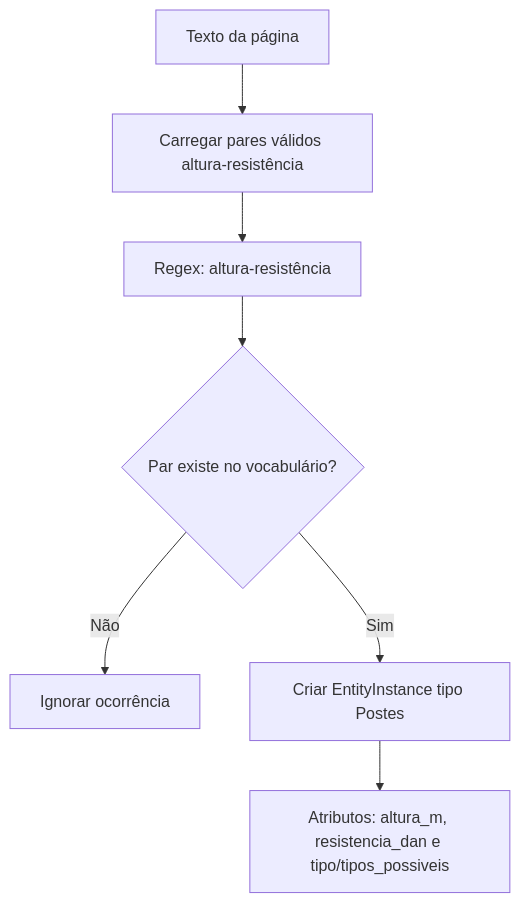
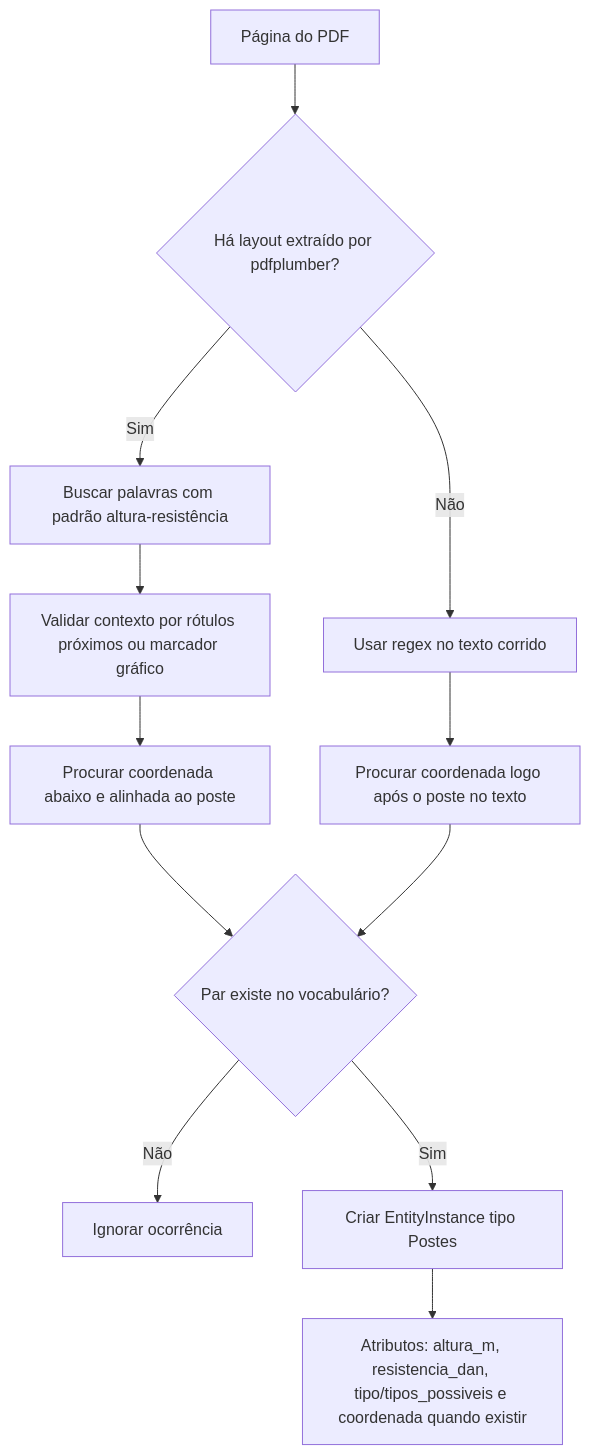
One commit to caiocdias/ProjectHandler changed the second of 3 diagrams in docs/fluxograma-analise-pdf.md. Above: the diagram before and after it, drawn with Mermaid. The commit also changed other lines of this file and 5 other files, not shown here.

````diff
--- a/docs/fluxograma-analise-pdf.md
+++ b/docs/fluxograma-analise-pdf.md
@@ -53,9 +61,14 @@
 ```mermaid
 flowchart TD
-    A["Texto da página"] --> B["Carregar pares válidos altura-resistência"]
-    B --> C["Regex: altura-resistência"]
-    C --> D{"Par existe no vocabulário?"}
-    D -- "Não" --> E["Ignorar ocorrência"]
-    D -- "Sim" --> F["Criar EntityInstance tipo Postes"]
-    F --> G["Atributos: altura_m, resistencia_dan e tipo/tipos_possiveis"]
+    A["Página do PDF"] --> B{"Há layout extraído por pdfplumber?"}
+    B -- "Sim" --> C["Buscar palavras com padrão altura-resistência"]
+    B -- "Não" --> D["Usar regex no texto corrido"]
+    C --> E["Validar contexto por rótulos próximos ou marcador gráfico"]
+    E --> F["Procurar coordenada abaixo e alinhada ao poste"]
+    D --> G["Procurar coordenada logo após o poste no texto"]
+    F --> H{"Par existe no vocabulário?"}
+    G --> H
+    H -- "Não" --> I["Ignorar ocorrência"]
+    H -- "Sim" --> J["Criar EntityInstance tipo Postes"]
+    J --> K["Atributos: altura_m, resistencia_dan, tipo/tipos_possiveis e coordenada quando existir"]
 ```
````
